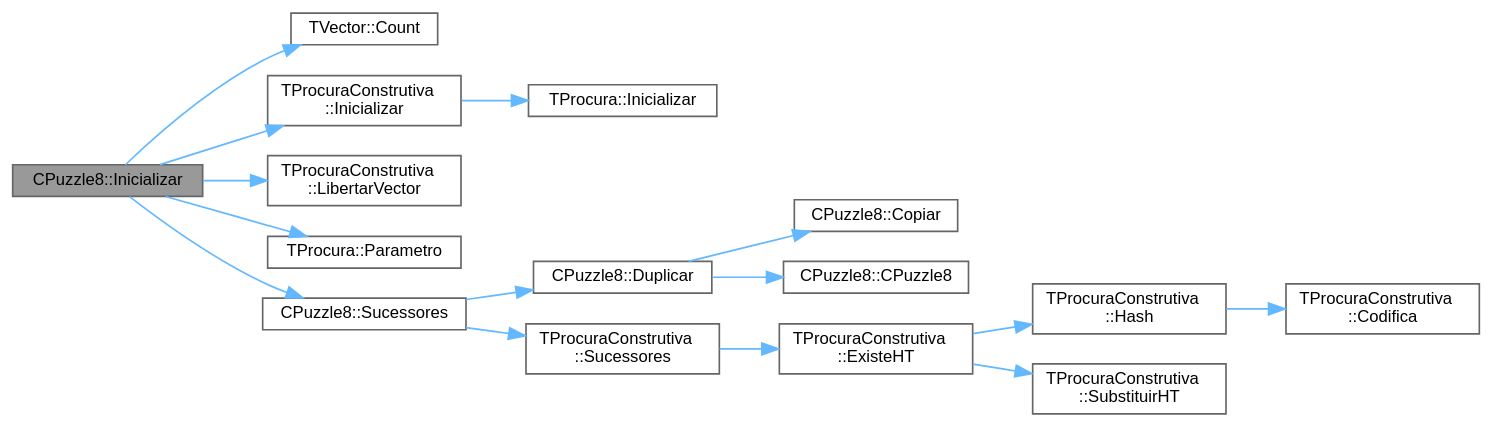
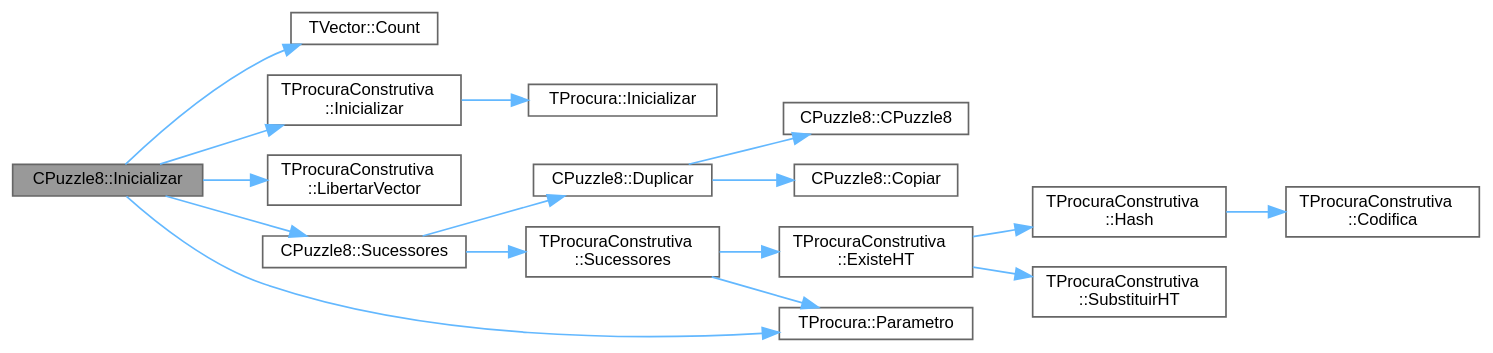
The diagram in classCPuzzle8_ab69d1a9a91d91b918ef43b102f78e5ed_cgraph.dot (jcoelho72/TProcura), drawn with Graphviz before and after one commit. The commit also changed 84 other files, not shown here.

```diff
--- a/classCPuzzle8_ab69d1a9a91d91b918ef43b102f78e5ed_cgraph.dot
+++ b/classCPuzzle8_ab69d1a9a91d91b918ef43b102f78e5ed_cgraph.dot
@@ -1,37 +1,38 @@
 digraph "CPuzzle8::Inicializar"
 {
  // LATEX_PDF_SIZE
   bgcolor="transparent";
   edge [fontname=Helvetica,fontsize=10,labelfontname=Helvetica,labelfontsize=10];
   node [fontname=Helvetica,fontsize=10,shape=box,height=0.2,width=0.4];
   rankdir="LR";
   Node1 [id="Node000001",label="CPuzzle8::Inicializar",height=0.2,width=0.4,color="gray40", fillcolor="grey60", style="filled", fontcolor="black",tooltip="Coloca o objecto no estado inicial da procura."];
-  Node1 -> Node2 [id="edge15_Node000001_Node000002",color="steelblue1",style="solid",tooltip=" "];
+  Node1 -> Node2 [id="edge16_Node000001_Node000002",color="steelblue1",style="solid",tooltip=" "];
   Node2 [id="Node000002",label="TVector::Count",height=0.2,width=0.4,color="grey40", fillcolor="white", style="filled",URL="$classTVector.html#ac3c744d84543ca6e32859eb7dfccfeef",tooltip=" "];
-  Node1 -> Node3 [id="edge16_Node000001_Node000003",color="steelblue1",style="solid",tooltip=" "];
+  Node1 -> Node3 [id="edge17_Node000001_Node000003",color="steelblue1",style="solid",tooltip=" "];
   Node3 [id="Node000003",label="TProcuraConstrutiva\l::Inicializar",height=0.2,width=0.4,color="grey40", fillcolor="white", style="filled",URL="$group__RedefinicaoMandatoria.html#ga2eabd047192d429686aeadf549136d44",tooltip="Coloca o objecto no estado inicial da procura."];
-  Node3 -> Node4 [id="edge17_Node000003_Node000004",color="steelblue1",style="solid",tooltip=" "];
+  Node3 -> Node4 [id="edge18_Node000003_Node000004",color="steelblue1",style="solid",tooltip=" "];
   Node4 [id="Node000004",label="TProcura::Inicializar",height=0.2,width=0.4,color="grey40", fillcolor="white", style="filled",URL="$classTProcura.html#a1af0e64ed79d99972d8d48fadf839f43",tooltip="Coloca o objecto no estado inicial da procura."];
-  Node1 -> Node5 [id="edge18_Node000001_Node000005",color="steelblue1",style="solid",tooltip=" "];
+  Node1 -> Node5 [id="edge19_Node000001_Node000005",color="steelblue1",style="solid",tooltip=" "];
   Node5 [id="Node000005",label="TProcuraConstrutiva\l::LibertarVector",height=0.2,width=0.4,color="grey40", fillcolor="white", style="filled",URL="$classTProcuraConstrutiva.html#a976f17b2b53ce9ffc7d1795d291262df",tooltip=" "];
-  Node1 -> Node6 [id="edge19_Node000001_Node000006",color="steelblue1",style="solid",tooltip=" "];
+  Node1 -> Node6 [id="edge20_Node000001_Node000006",color="steelblue1",style="solid",tooltip=" "];
   Node6 [id="Node000006",label="TProcura::Parametro",height=0.2,width=0.4,color="grey40", fillcolor="white", style="filled",URL="$classTProcura.html#aea8aa78e35d28d0beb438e24fc7ee086",tooltip=" "];
-  Node1 -> Node7 [id="edge20_Node000001_Node000007",color="steelblue1",style="solid",tooltip=" "];
+  Node1 -> Node7 [id="edge21_Node000001_Node000007",color="steelblue1",style="solid",tooltip=" "];
   Node7 [id="Node000007",label="CPuzzle8::Sucessores",height=0.2,width=0.4,color="grey40", fillcolor="white", style="filled",URL="$classCPuzzle8.html#a65dd2ff8c163c5542a12b2213c2fd12a",tooltip="Coloca em sucessores a lista de estados sucessores."];
-  Node7 -> Node8 [id="edge21_Node000007_Node000008",color="steelblue1",style="solid",tooltip=" "];
+  Node7 -> Node8 [id="edge22_Node000007_Node000008",color="steelblue1",style="solid",tooltip=" "];
   Node8 [id="Node000008",label="CPuzzle8::Duplicar",height=0.2,width=0.4,color="grey40", fillcolor="white", style="filled",URL="$classCPuzzle8.html#ad0638a270ace9056ffba040d2479fd5a",tooltip="Cria um objecto que é uma cópia deste."];
-  Node8 -> Node9 [id="edge22_Node000008_Node000009",color="steelblue1",style="solid",tooltip=" "];
+  Node8 -> Node9 [id="edge23_Node000008_Node000009",color="steelblue1",style="solid",tooltip=" "];
   Node9 [id="Node000009",label="CPuzzle8::Copiar",height=0.2,width=0.4,color="grey40", fillcolor="white", style="filled",URL="$classCPuzzle8.html#aeff7640f4f77cbc742d751185954bce4",tooltip=" "];
-  Node8 -> Node10 [id="edge23_Node000008_Node000010",color="steelblue1",style="solid",tooltip=" "];
+  Node8 -> Node10 [id="edge24_Node000008_Node000010",color="steelblue1",style="solid",tooltip=" "];
   Node10 [id="Node000010",label="CPuzzle8::CPuzzle8",height=0.2,width=0.4,color="grey40", fillcolor="white", style="filled",URL="$classCPuzzle8.html#affc83c1c8d36cf1bad6fb48b3d5a7dab",tooltip=" "];
-  Node7 -> Node11 [id="edge24_Node000007_Node000011",color="steelblue1",style="solid",tooltip=" "];
+  Node7 -> Node11 [id="edge25_Node000007_Node000011",color="steelblue1",style="solid",tooltip=" "];
   Node11 [id="Node000011",label="TProcuraConstrutiva\l::Sucessores",height=0.2,width=0.4,color="grey40", fillcolor="white", style="filled",URL="$group__RedefinicaoMandatoria.html#ga0a13570d2f5a21296e3c10c2780e170c",tooltip="Coloca em sucessores a lista de estados sucessores."];
-  Node11 -> Node12 [id="edge25_Node000011_Node000012",color="steelblue1",style="solid",tooltip=" "];
+  Node11 -> Node12 [id="edge26_Node000011_Node000012",color="steelblue1",style="solid",tooltip=" "];
   Node12 [id="Node000012",label="TProcuraConstrutiva\l::ExisteHT",height=0.2,width=0.4,color="grey40", fillcolor="white", style="filled",URL="$classTProcuraConstrutiva.html#ad7857beab462b4b09a37e70cc9c787ac",tooltip=" "];
-  Node12 -> Node13 [id="edge26_Node000012_Node000013",color="steelblue1",style="solid",tooltip=" "];
+  Node12 -> Node13 [id="edge27_Node000012_Node000013",color="steelblue1",style="solid",tooltip=" "];
   Node13 [id="Node000013",label="TProcuraConstrutiva\l::Hash",height=0.2,width=0.4,color="grey40", fillcolor="white", style="filled",URL="$classTProcuraConstrutiva.html#a70375188a6ee7775bc842a3e64f8e35c",tooltip=" "];
-  Node13 -> Node14 [id="edge27_Node000013_Node000014",color="steelblue1",style="solid",tooltip=" "];
+  Node13 -> Node14 [id="edge28_Node000013_Node000014",color="steelblue1",style="solid",tooltip=" "];
   Node14 [id="Node000014",label="TProcuraConstrutiva\l::Codifica",height=0.2,width=0.4,color="grey40", fillcolor="white", style="filled",URL="$group__RedefinicaoSugerida.html#ga5ff46e85c8f1394c2502f17025284c11",tooltip="Codifica o estado para um vetor de inteiros de 64 bits."];
-  Node12 -> Node15 [id="edge28_Node000012_Node000015",color="steelblue1",style="solid",tooltip=" "];
+  Node12 -> Node15 [id="edge29_Node000012_Node000015",color="steelblue1",style="solid",tooltip=" "];
   Node15 [id="Node000015",label="TProcuraConstrutiva\l::SubstituirHT",height=0.2,width=0.4,color="grey40", fillcolor="white", style="filled",URL="$classTProcuraConstrutiva.html#a99b7a74f16f5a1b63b12bf629b902057",tooltip=" "];
+  Node11 -> Node6 [id="edge30_Node000011_Node000006",color="steelblue1",style="solid",tooltip=" "];
 }
```
